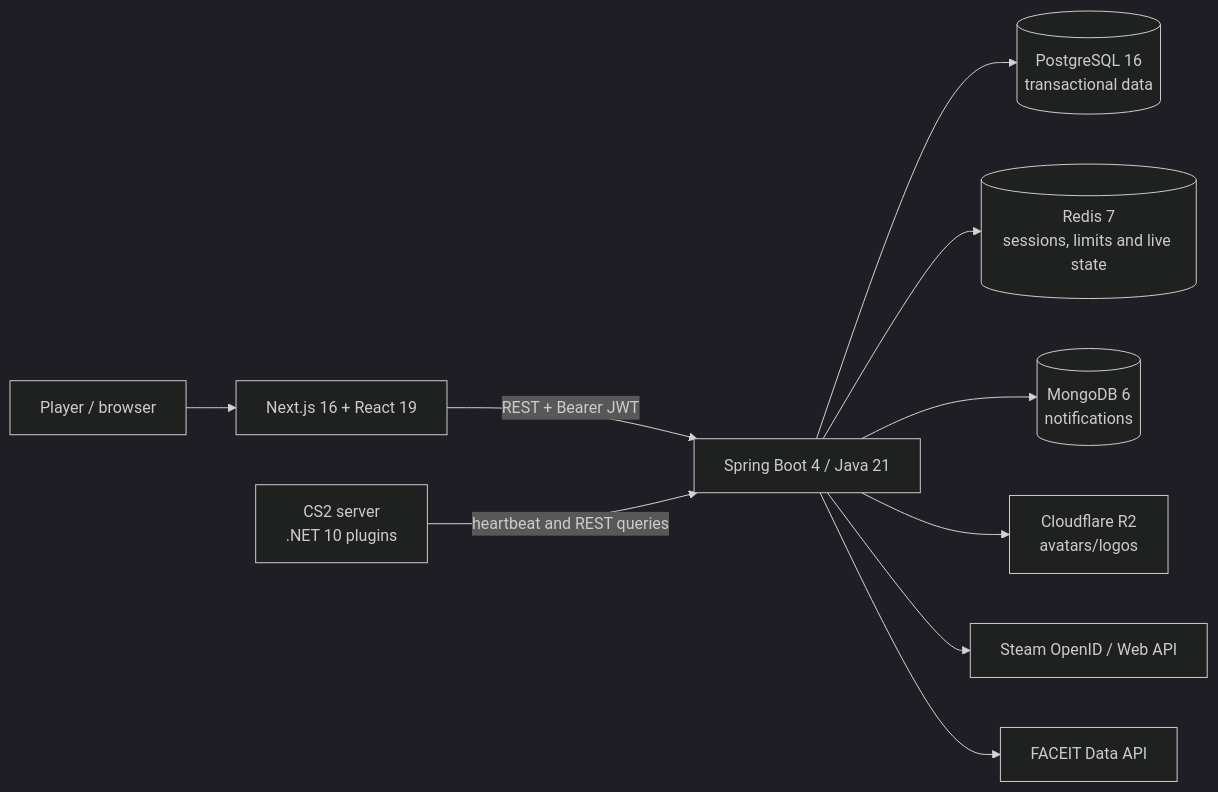
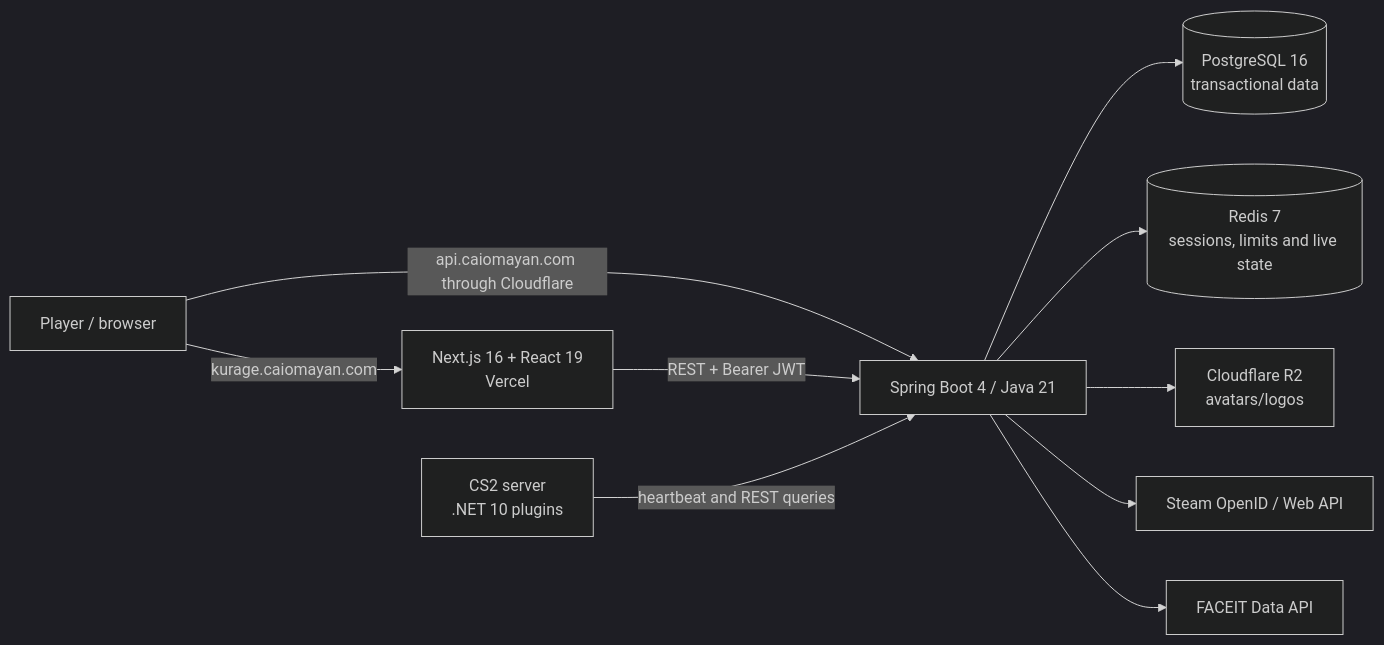
The diagram in README.en.md (caiomayan/kurage), drawn with Mermaid (dark theme) before and after one commit. The commit also changed other lines of this file and 289 other files, not shown here.

````diff
--- a/README.en.md
+++ b/README.en.md
@@ -38,12 +40,12 @@
 ```mermaid
 flowchart LR
-    U[Player / browser] --> FE[Next.js 16 + React 19]
+    U[Player / browser] -->|kurage.caiomayan.com| FE[Next.js 16 + React 19<br/>Vercel]
+    U -->|api.caiomayan.com through Cloudflare| API
     FE -->|REST + Bearer JWT| API[Spring Boot 4 / Java 21]
     GS[CS2 server<br/>.NET 10 plugins] -->|heartbeat and REST queries| API
     API --> PG[(PostgreSQL 16<br/>transactional data)]
     API --> RD[(Redis 7<br/>sessions, limits and live state)]
-    API --> MG[(MongoDB 6<br/>notifications)]
     API --> R2[Cloudflare R2<br/>avatars/logos]
     API --> ST[Steam OpenID / Web API]
     API --> FA[FACEIT Data API]
 ```
````
